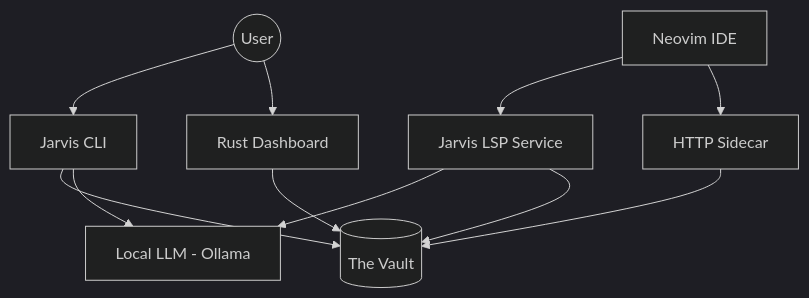
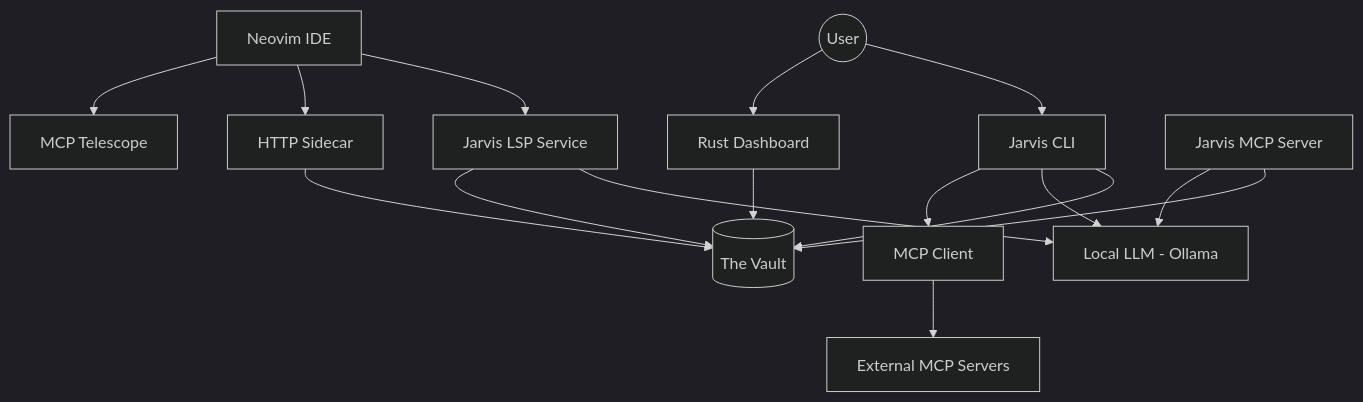
Before and after one commit to m-amir-gomaa/Jarvis: the diagram in docs/ARCHITECTURE.md, drawn with Mermaid (dark theme). The commit also changed other lines of this file and 13 other files, not shown here.

````diff
--- a/docs/ARCHITECTURE.md
+++ b/docs/ARCHITECTURE.md
@@ -7,23 +7,29 @@
 ```mermaid
 graph TD
     User((User))
     CLI[Jarvis CLI]
     LSP[Jarvis LSP Service]
     HTTP[HTTP Sidecar]
     TUI[Rust Dashboard]
     Ollama[Local LLM - Ollama]
     Vault[(The Vault)]
     
     User --> CLI
     User --> TUI
     CLI --> Vault
     CLI --> Ollama
+    CLI --> MCP_Client[MCP Client]
     
     Neovim[Neovim IDE] --> LSP
     Neovim --> HTTP
+    Neovim --> MCP_Lua[MCP Telescope]
     LSP --> Ollama
     LSP --> Vault
     HTTP --> Vault
     
+    MCP_Client --> External_MCP[External MCP Servers]
+    Internal_MCP[Jarvis MCP Server] --> Vault
+    Internal_MCP --> Ollama
+    
     TUI --> Vault
 ```
````
